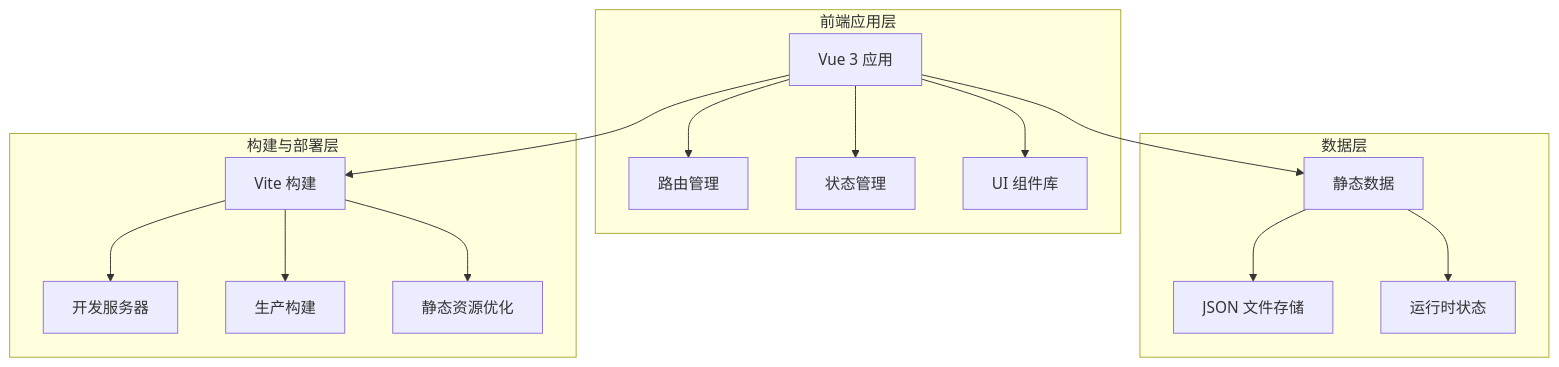
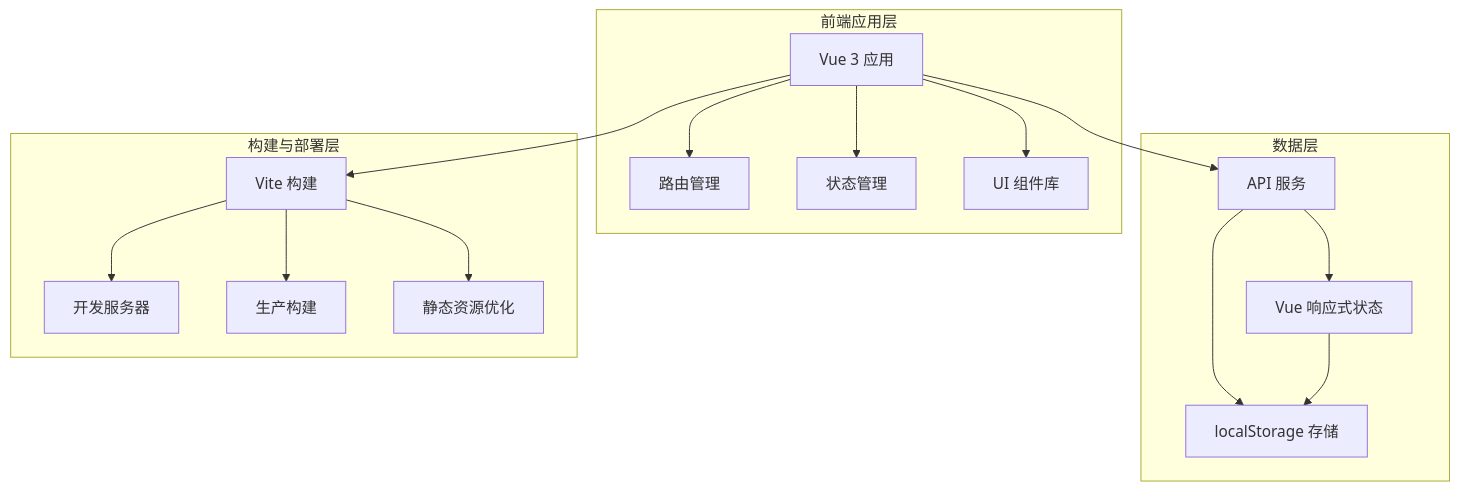
The first of 12 diagrams in .asdm/contexts/architecture.md (vibecodingshow/qa-live-healthcare), drawn with Mermaid before and after one commit. The commit also changed other lines of this file and 6 other files, not shown here.

````diff
--- a/.asdm/contexts/architecture.md
+++ b/.asdm/contexts/architecture.md
@@ -8,22 +8,23 @@
 ```mermaid
 graph TB
     subgraph "前端应用层"
         A1[Vue 3 应用] --> A2[路由管理]
         A1 --> A3[状态管理]
         A1 --> A4[UI 组件库]
     end
     
     subgraph "数据层"
-        B1[静态数据] --> B2[JSON 文件存储]
-        B1 --> B3[运行时状态]
+        B1[API 服务] --> B2[localStorage 存储]
+        B3[Vue 响应式状态] --> B2
+        B1 --> B3
     end
     
     subgraph "构建与部署层"
         C1[Vite 构建] --> C2[开发服务器]
         C1 --> C3[生产构建]
         C1 --> C4[静态资源优化]
     end
     
     A1 --> B1
     A1 --> C1
 ```
````
